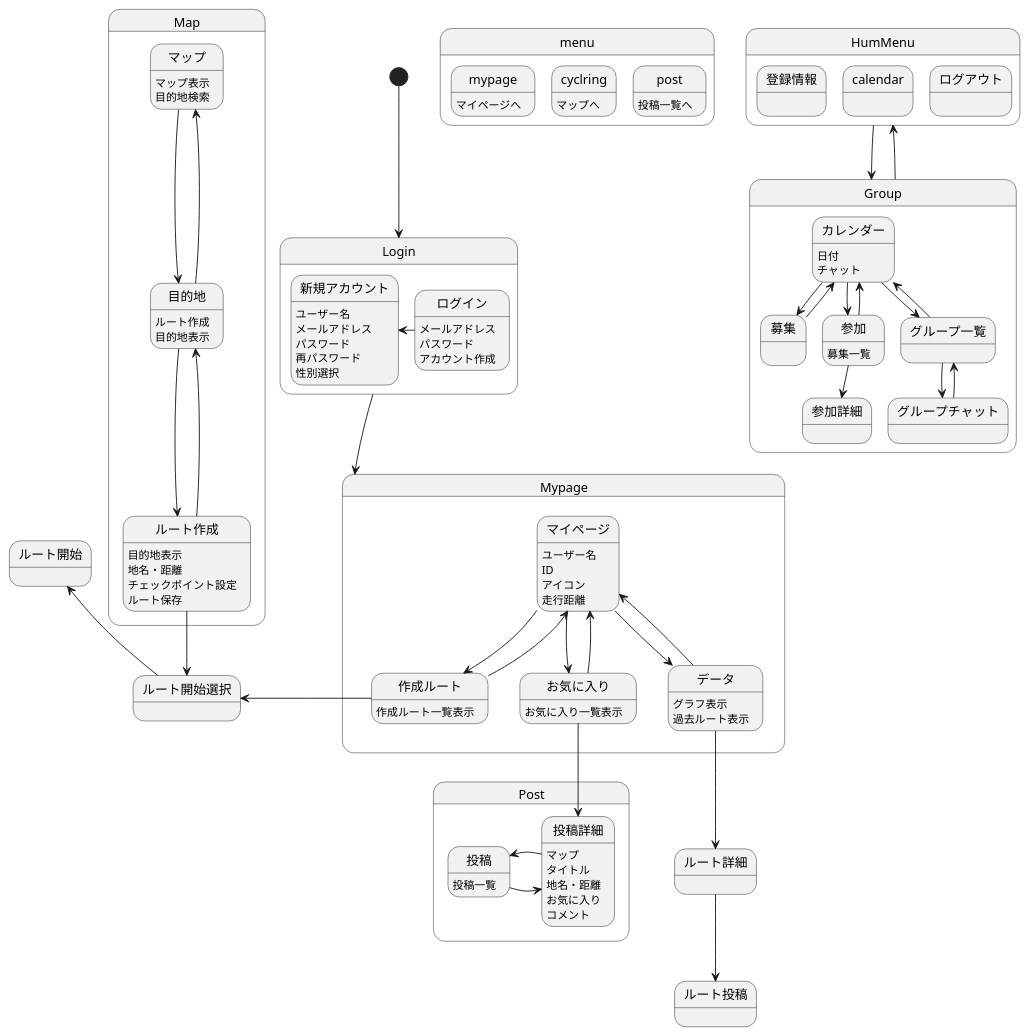
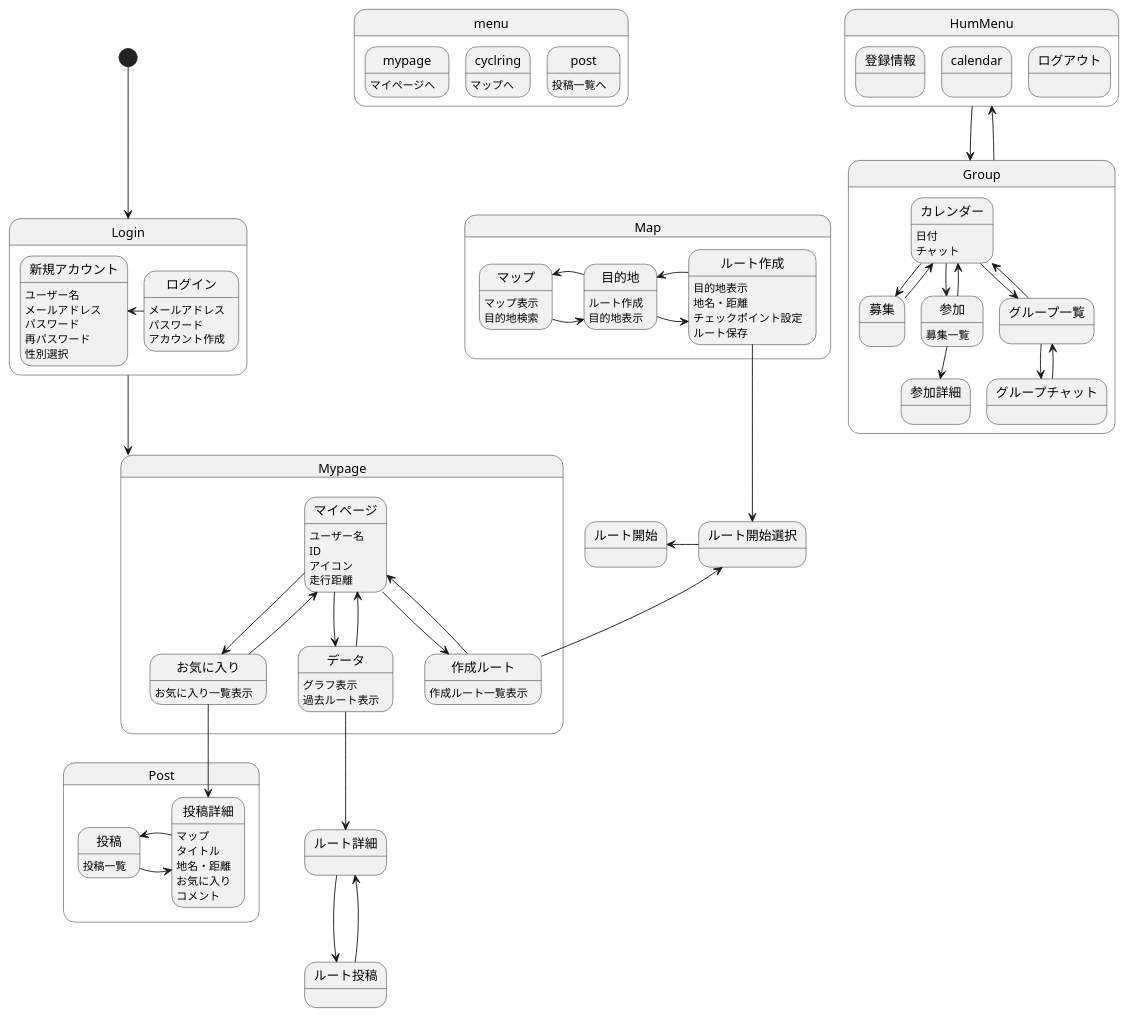
Before and after one commit to AsoSD3A3/CyclingSystem: the diagram in 画面遷移図/gm.md, drawn with PlantUML.

```diff
--- a/画面遷移図/gm.md
+++ b/画面遷移図/gm.md
@@ -37,9 +37,7 @@
 ログイン:メールアドレス
 ログイン:パスワード
 ログイン:アカウント作成
-
 ログイン-left->新規アカウント
-
 新規アカウント:ユーザー名
 新規アカウント:メールアドレス
 新規アカウント:パスワード
@@ -67,25 +65,26 @@
 }
 データ-down->ルート詳細
 ルート詳細-down->ルート投稿
+ルート投稿-->ルート詳細
 
 state Map{
 マップ:マップ表示
 マップ:目的地検索
-マップ-down->目的地
-目的地-up->マップ
+マップ-right->目的地
+目的地-left->マップ
 目的地:ルート作成
 目的地:目的地表示
-目的地-down->ルート作成
-ルート作成-up->目的地
+目的地-right->ルート作成
+ルート作成-left->目的地
 ルート作成:目的地表示
 ルート作成:地名・距離
 ルート作成:チェックポイント設定
 ルート作成:ルート保存
 }
 
-作成ルート-right->ルート開始選択
+作成ルート-up->ルート開始選択
 ルート作成-->ルート開始選択
-ルート開始選択-up->ルート開始
+ルート開始選択-left->ルート開始
 
 state Post{
 投稿:投稿一覧
```
